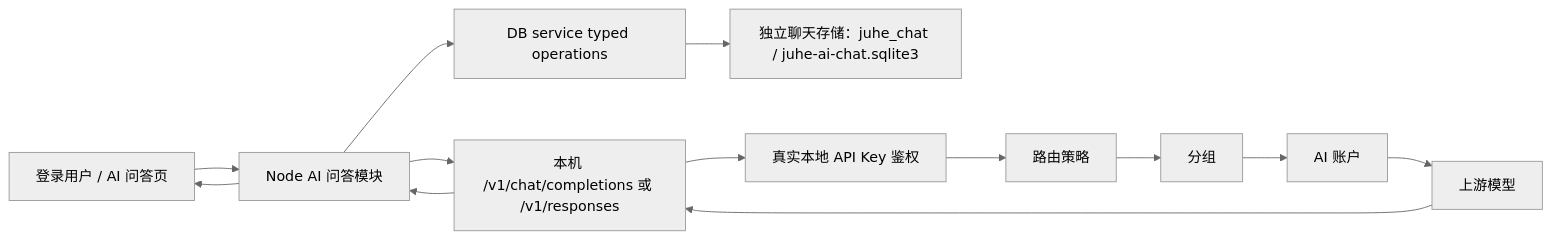
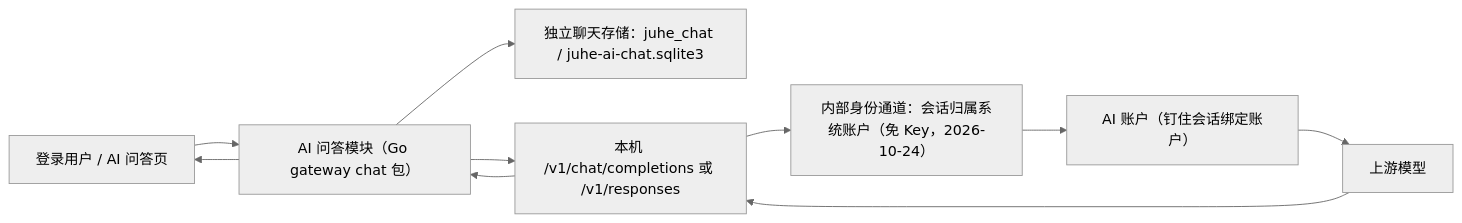
Before and after one commit to huanmin123/juhe-ai: the diagram in docs/functions/AI问答设计.md, drawn with Mermaid (neutral theme). The commit also changed other lines of this file and 280 other files, not shown here.

First line of the commit message:
refactor(chat): 移除 AI 问答 API Key 机制改用内部身份通道

````diff
--- a/docs/functions/AI问答设计.md
+++ b/docs/functions/AI问答设计.md
@@ -72,15 +74,12 @@
 ```mermaid
 flowchart LR
-  User["登录用户 / AI 问答页"] --> Chat["Node AI 问答模块"]
-  Chat --> DB["DB service typed operations"]
-  DB --> ChatDB["独立聊天存储：juhe_chat / juhe-ai-chat.sqlite3"]
+  User["登录用户 / AI 问答页"] --> Chat["AI 问答模块（Go gateway chat 包）"]
+  Chat --> DB["独立聊天存储：juhe_chat / juhe-ai-chat.sqlite3"]
   Chat --> Gateway["本机 /v1/chat/completions 或 /v1/responses"]
-  Gateway --> APIKey["真实本地 API Key 鉴权"]
-  APIKey --> Strategy["路由策略"]
-  Strategy --> Group["分组"]
-  Group --> Account["AI 账户"]
+  Gateway --> Identity["内部身份通道：会话归属系统账户（免 Key，2026-10-24）"]
+  Identity --> Account["AI 账户（钉住会话绑定账户）"]
   Account --> Upstream["上游模型"]
   Upstream --> Gateway
   Gateway --> Chat
   Chat --> User
 ```
````
